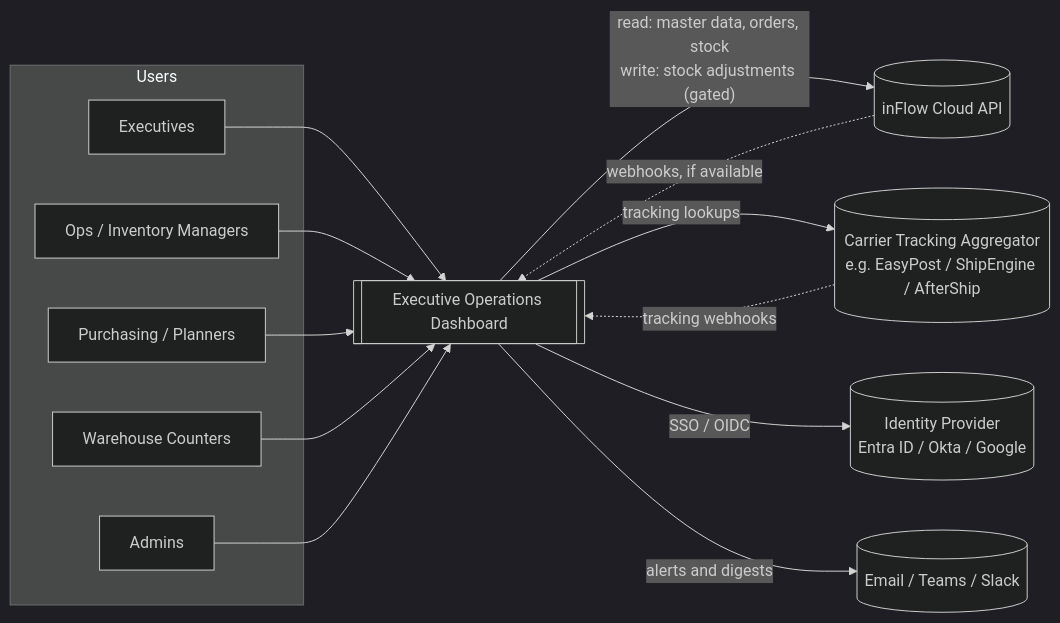
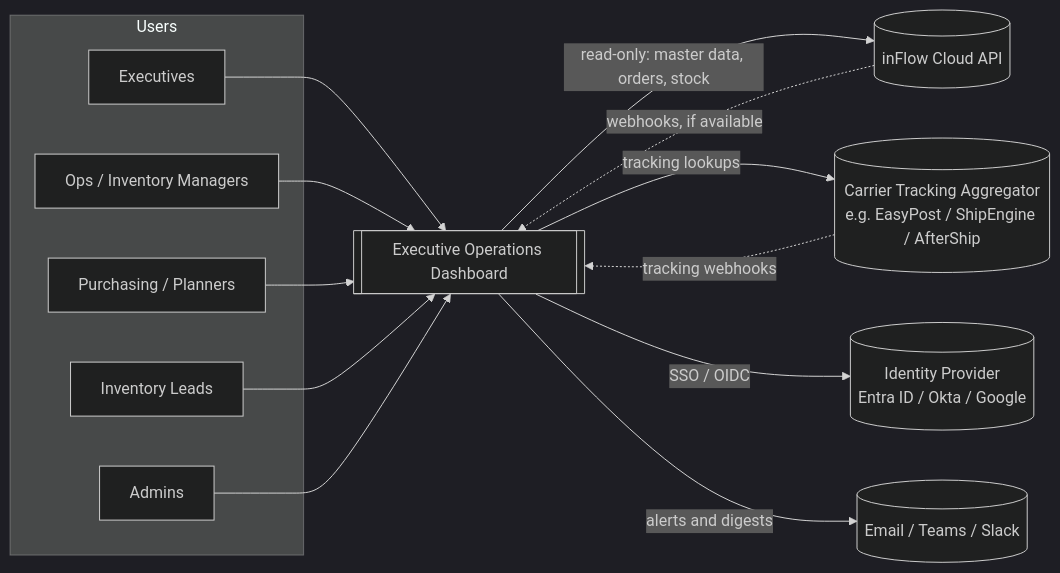
One commit to mdonaldson-prog/Dashboard changed the first of 12 diagrams in docs/SYSTEM_DESIGN.md. Above: the diagram before and after it, drawn with Mermaid (dark theme). The commit also changed other lines of this file, not shown here.

First line of the commit message:
Narrow cycle counts to velocity-based scheduling only

````diff
--- a/docs/SYSTEM_DESIGN.md
+++ b/docs/SYSTEM_DESIGN.md
@@ -89,25 +91,25 @@
 ```mermaid
 flowchart LR
     subgraph Users
         EX[Executives]
         OPS[Ops / Inventory Managers]
         PUR[Purchasing / Planners]
-        CNT[Warehouse Counters]
+        INV[Inventory Leads]
         ADM[Admins]
     end
 
     DASH[[Executive Operations Dashboard]]
 
     INF[(inFlow Cloud API)]
     TRK[(Carrier Tracking Aggregator<br/>e.g. EasyPost / ShipEngine / AfterShip)]
     IDP[(Identity Provider<br/>Entra ID / Okta / Google)]
     MAIL[(Email / Teams / Slack)]
 
-    EX & OPS & PUR & CNT & ADM --> DASH
-    DASH -- read: master data, orders, stock<br/>write: stock adjustments (gated) --> INF
+    EX & OPS & PUR & INV & ADM --> DASH
+    DASH -- read-only: master data, orders, stock --> INF
     INF -. webhooks, if available .-> DASH
     DASH -- tracking lookups --> TRK
     TRK -. tracking webhooks .-> DASH
     DASH -- SSO / OIDC --> IDP
     DASH -- alerts and digests --> MAIL
 ```
````
